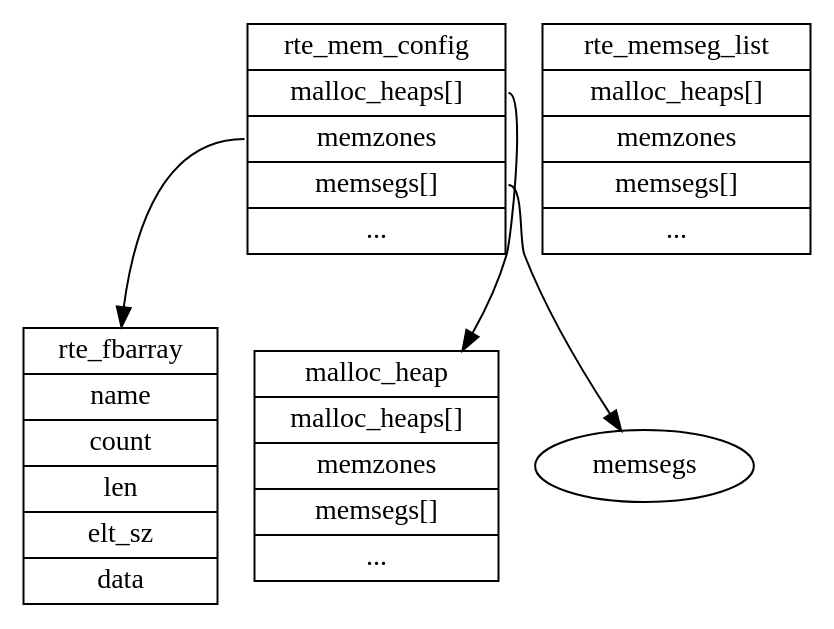
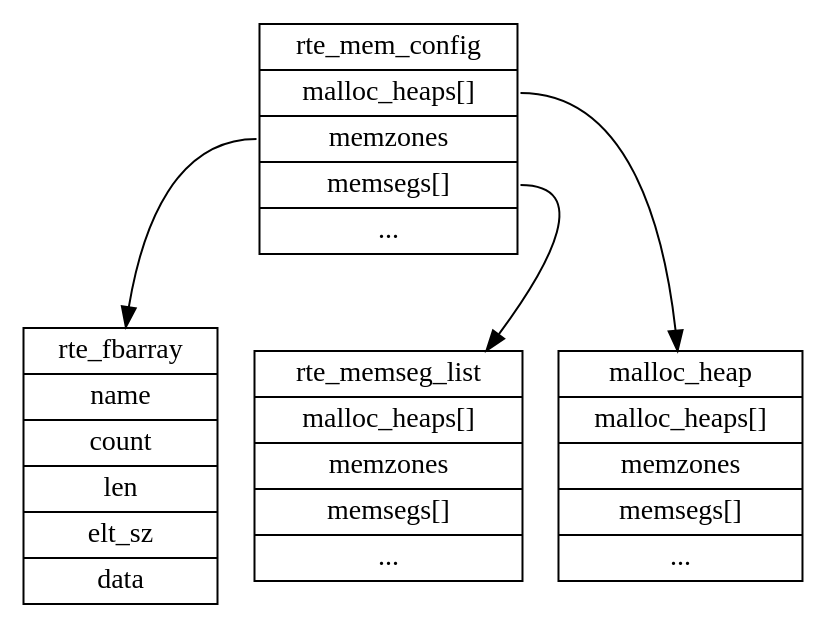
The diagram in dpdk/内存管理.md (sisyphus1212/note), drawn with Graphviz before and after one commit.

Commit message:
auto_update

````diff
--- a/dpdk/内存管理.md
+++ b/dpdk/内存管理.md
@@ -16,48 +16,48 @@
 ```graphviz
 digraph {
 	rte_mem_config[
 		label = "{
 		<f0>rte_mem_config|
         <f1>malloc_heaps[]|
 		<f2>memzones|
 		<f3>memsegs[]|
 		<f4>...
 		}",
 		shape = "record"
 	];
 	rte_fbarray[
 		label = "{
 		rte_fbarray|
         name|
 		count|
 		len|
 		elt_sz|
 		data
 		}",
 		shape = "record"
 	];
 	rte_memseg_list[
 		label = "{
 		<f0>rte_memseg_list|
 		<f1>malloc_heaps[]|
 		<f2>memzones|
 		<f3>memsegs[]|
 		<f4>...
 		}",
 		shape = "record"
 	];
 	malloc_heap[
 		label = "{
 		malloc_heap|
         malloc_heaps[]|
 		memzones|
 		memsegs[]|
 		...
 		}",
 		shape = "record"
 	];
 	rte_mem_config:f1 -> malloc_heap
 	rte_mem_config:f2 -> rte_fbarray
-	rte_mem_config:f3 -> memsegs
+	rte_mem_config:f3 -> rte_memseg_list
 }
 ```
````
